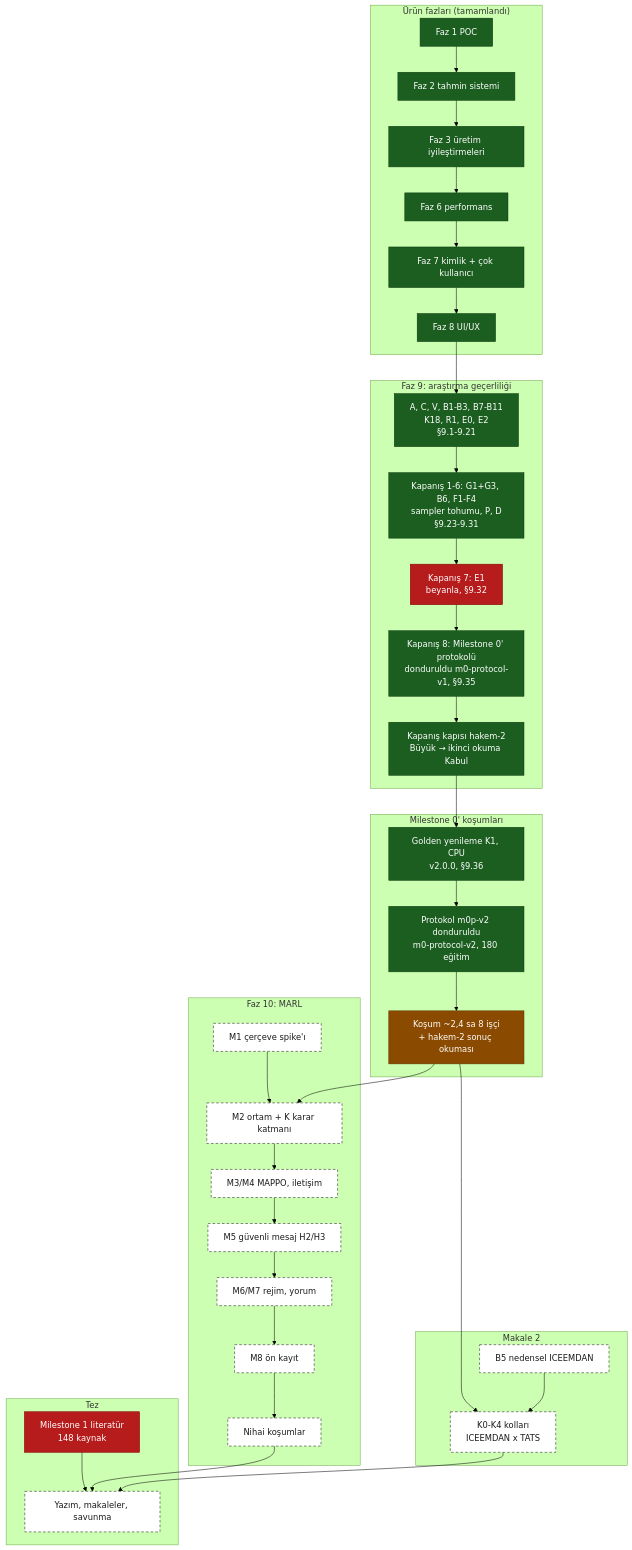
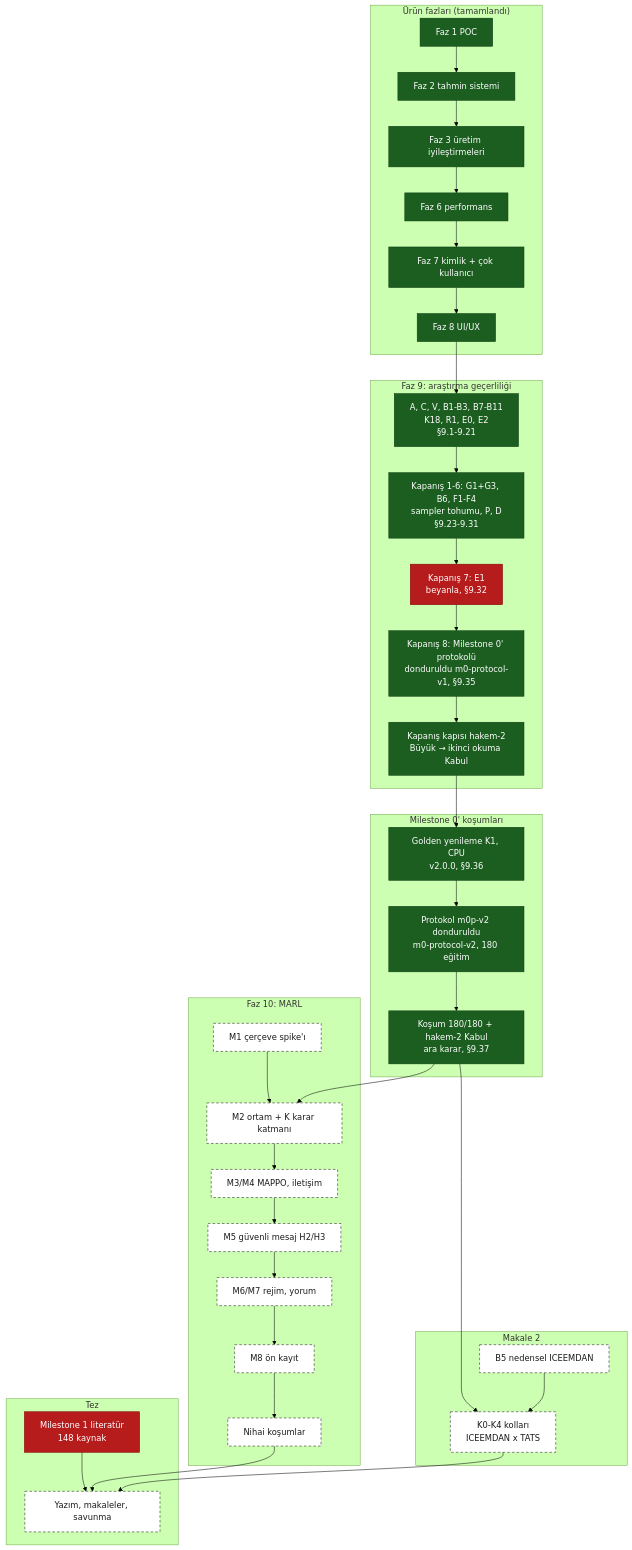
Before and after one commit to softdevcan/RL-Trading-Project: the second of 2 diagrams in docs/development/system-map.md, drawn with Mermaid (forest theme). The commit also changed other lines of this file, not shown here.

Commit message:
docs: sistem haritasi — Milestone 0' koşuldu, ara karar (§9.37)

````diff
--- a/docs/development/system-map.md
+++ b/docs/development/system-map.md
@@ -112,61 +112,61 @@
 ```mermaid
 flowchart TB
   classDef done fill:#1b5e20,stroke:#0b3d10,color:#ffffff
   classDef partial fill:#b71c1c,stroke:#7f0000,color:#ffffff
   classDef active fill:#8a4b00,stroke:#5a3000,color:#ffffff
   classDef decision fill:#4a148c,stroke:#2a0060,color:#ffffff
   classDef planned fill:#ffffff,stroke:#1a1a1a,stroke-dasharray:5 4,color:#1a1a1a
 
   subgraph URUN["Ürün fazları (tamamlandı)"]
     F1["Faz 1 POC"]:::done
     F2["Faz 2 tahmin sistemi"]:::done
     F3["Faz 3 üretim iyileştirmeleri"]:::done
     F6["Faz 6 performans"]:::done
     F7["Faz 7 kimlik + çok kullanıcı"]:::done
     F8["Faz 8 UI/UX"]:::done
   end
 
   subgraph F9["Faz 9: araştırma geçerliliği"]
     P9A["A, C, V, B1-B3, B7-B11<br/>K18, R1, E0, E2<br/>§9.1-9.21"]:::done
     P9B["Kapanış 1-6: G1+G3, B6, F1-F4<br/>sampler tohumu, P, D<br/>§9.23-9.31"]:::done
     P9E["Kapanış 7: E1<br/>beyanla, §9.32"]:::partial
     P9M["Kapanış 8: Milestone 0' protokolü<br/>donduruldu m0-protocol-v1, §9.35"]:::done
     H2["Kapanış kapısı hakem-2<br/>Büyük → ikinci okuma Kabul"]:::done
   end
 
   subgraph M0["Milestone 0' koşumları"]
     GOLD["Golden yenileme K1, CPU<br/>v2.0.0, §9.36"]:::done
     PRE["Protokol m0p-v2 donduruldu<br/>m0-protocol-v2, 180 eğitim"]:::done
-    FIN["Koşum ~2,4 sa 8 işçi<br/>+ hakem-2 sonuç okuması"]:::active
+    FIN["Koşum 180/180 + hakem-2 Kabul<br/>ara karar, §9.37"]:::done
   end
 
   subgraph M2P["Makale 2"]
     B5["B5 nedensel ICEEMDAN"]:::planned
     K0K4["K0-K4 kolları<br/>ICEEMDAN x TATS"]:::planned
   end
 
   subgraph F10["Faz 10: MARL"]
     M1["M1 çerçeve spike'ı"]:::planned
     M2["M2 ortam + K karar katmanı"]:::planned
     M34["M3/M4 MAPPO, iletişim"]:::planned
     M5["M5 güvenli mesaj H2/H3"]:::planned
     M67["M6/M7 rejim, yorum"]:::planned
     M8["M8 ön kayıt"]:::planned
     FINAL["Nihai koşumlar"]:::planned
   end
 
   subgraph TEZ["Tez"]
     T1["Milestone 1 literatür<br/>148 kaynak"]:::partial
     T4["Yazım, makaleler, savunma"]:::planned
   end
 
   F1 --> F2 --> F3 --> F6 --> F7 --> F8 --> P9A --> P9B --> P9E --> P9M --> H2
   H2 --> GOLD --> PRE --> FIN
   FIN --> K0K4
   B5 --> K0K4
   M1 --> M2
   FIN --> M2 --> M34 --> M5 --> M67 --> M8 --> FINAL
   T1 --> T4
   FINAL --> T4
   K0K4 --> T4
 ```
````
